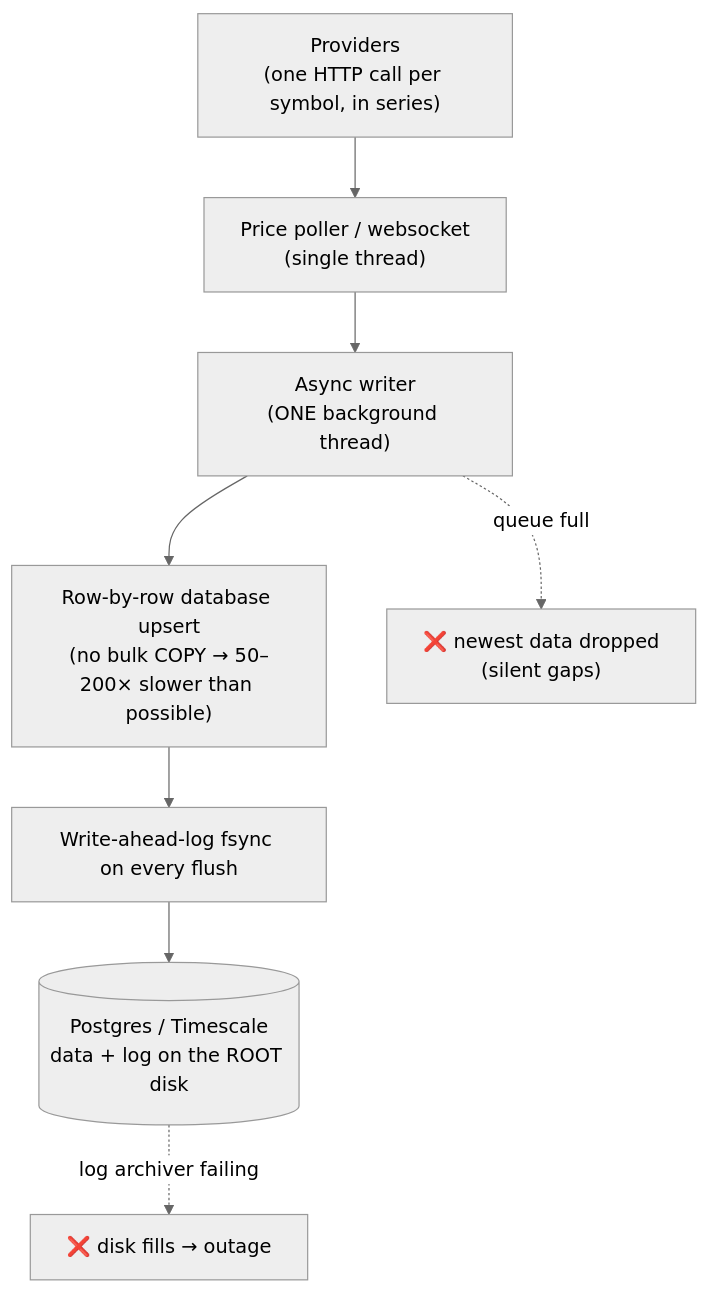
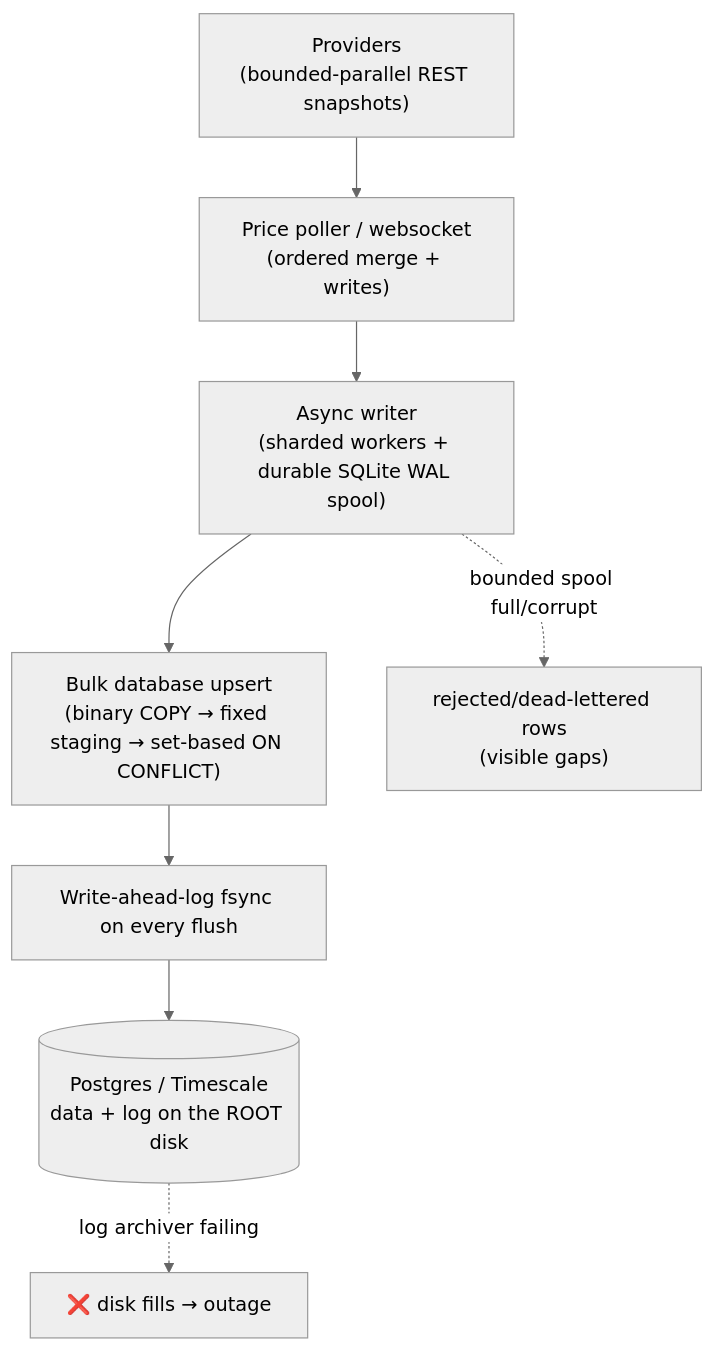
The seventh of 8 diagrams in docs/OVERVIEW_FOR_NEWCOMERS.md (dschincariol/system), drawn with Mermaid (neutral theme) before and after one commit. The commit also changed other lines of this file and 497 other files, not shown here.

````diff
--- a/docs/OVERVIEW_FOR_NEWCOMERS.md
+++ b/docs/OVERVIEW_FOR_NEWCOMERS.md
@@ -349,10 +352,10 @@
 ```mermaid
 flowchart TD
-    PROV["Providers<br/>(one HTTP call per symbol, in series)"] --> POLL["Price poller / websocket<br/>(single thread)"]
-    POLL --> AW["Async writer<br/>(ONE background thread)"]
-    AW --> UP["Row-by-row database upsert<br/>(no bulk COPY → 50–200× slower than possible)"]
+    PROV["Providers<br/>(bounded-parallel REST snapshots)"] --> POLL["Price poller / websocket<br/>(ordered merge + writes)"]
+    POLL --> AW["Async writer<br/>(sharded workers + durable SQLite WAL spool)"]
+    AW --> UP["Bulk database upsert<br/>(binary COPY → fixed staging → set-based ON CONFLICT)"]
     UP --> WAL["Write-ahead-log fsync on every flush"]
     WAL --> PG[("Postgres / Timescale<br/>data + log on the ROOT disk")]
-    AW -. queue full .-> DROP["❌ newest data dropped<br/>(silent gaps)"]
+    AW -. bounded spool full/corrupt .-> DROP["rejected/dead-lettered rows<br/>(visible gaps)"]
     PG -. log archiver failing .-> FULL["❌ disk fills → outage"]
 ```
````
